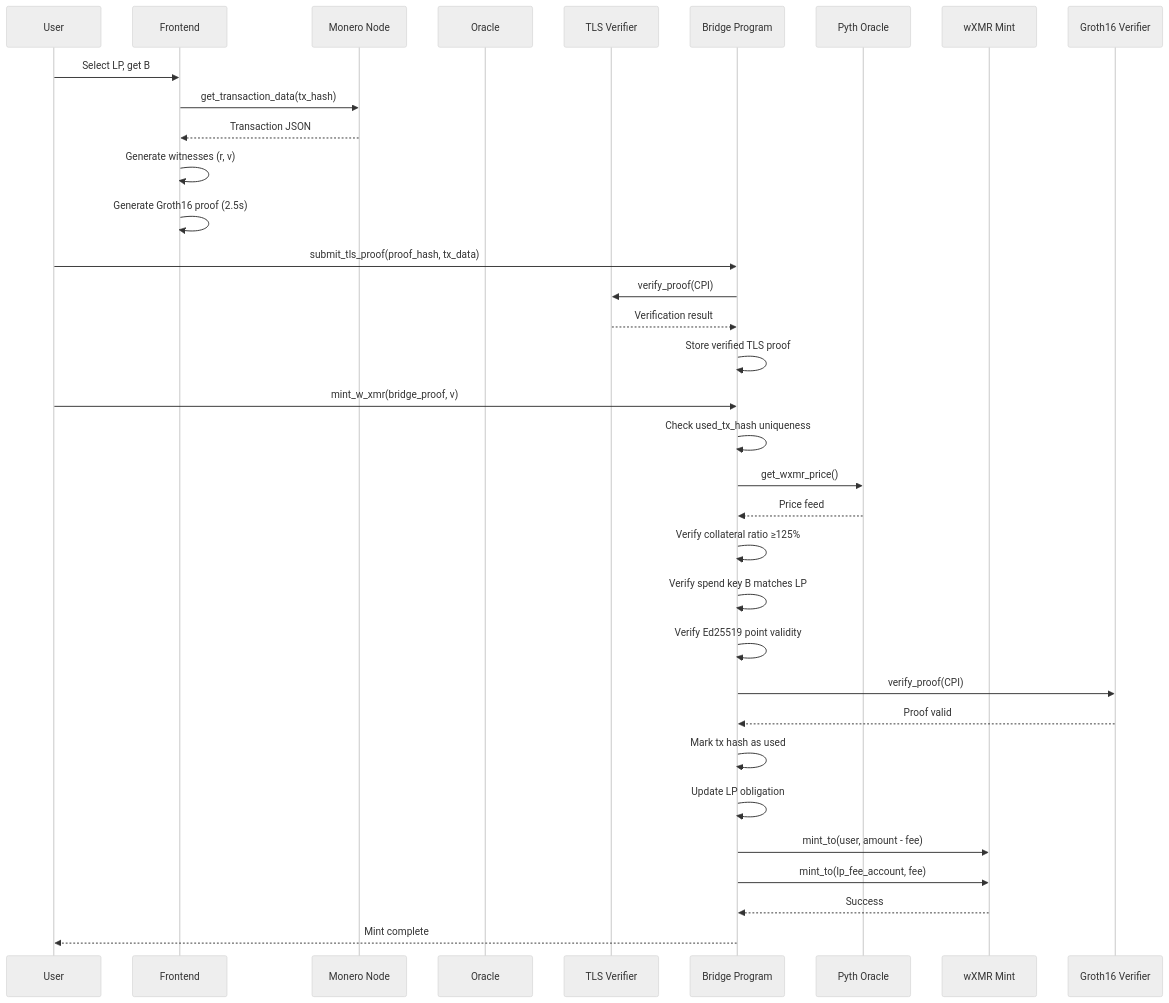
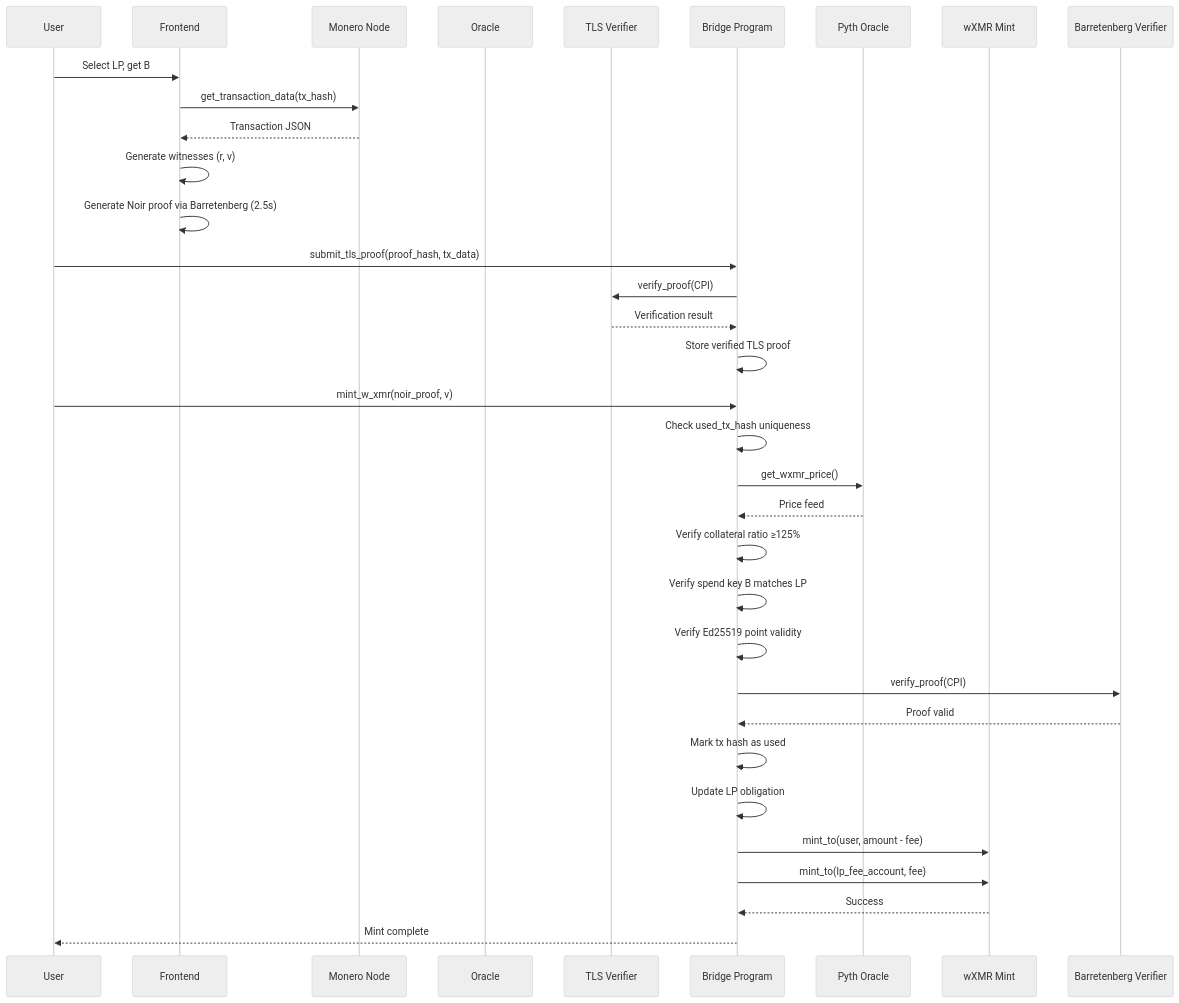
The first of 2 diagrams in SYNTHWRAP.md (madschristensen99/fungerbil), drawn with Mermaid (neutral theme) before and after one commit. The commit also changed other lines of this file, not shown here.

Commit message:
move from circom to noir

````diff
--- a/SYNTHWRAP.md
+++ b/SYNTHWRAP.md
@@ -1275,38 +830,38 @@
 ```mermaid
 sequenceDiagram
     participant User
     participant Frontend
     participant Monero Node
     participant Oracle
     participant TLS Verifier
     participant Bridge Program
     participant Pyth Oracle
     participant wXMR Mint
 
     User->>Frontend: Select LP, get B
     Frontend->>Monero Node: get_transaction_data(tx_hash)
     Monero Node-->>Frontend: Transaction JSON
     Frontend->>Frontend: Generate witnesses (r, v)
-    Frontend->>Frontend: Generate Groth16 proof (2.5s)
+    Frontend->>Frontend: Generate Noir proof via Barretenberg (2.5s)
     
     User->>Bridge Program: submit_tls_proof(proof_hash, tx_data)
     Bridge Program->>TLS Verifier: verify_proof(CPI)
     TLS Verifier-->>Bridge Program: Verification result
     Bridge Program->>Bridge Program: Store verified TLS proof
     
-    User->>Bridge Program: mint_w_xmr(bridge_proof, v)
+    User->>Bridge Program: mint_w_xmr(noir_proof, v)
     Bridge Program->>Bridge Program: Check used_tx_hash uniqueness
     Bridge Program->>Pyth Oracle: get_wxmr_price()
     Pyth Oracle-->>Bridge Program: Price feed
     Bridge Program->>Bridge Program: Verify collateral ratio ≥125%
     Bridge Program->>Bridge Program: Verify spend key B matches LP
     Bridge Program->>Bridge Program: Verify Ed25519 point validity
-    Bridge Program->>Groth16 Verifier: verify_proof(CPI)
-    Groth16 Verifier-->>Bridge Program: Proof valid
+    Bridge Program->>Barretenberg Verifier: verify_proof(CPI)
+    Barretenberg Verifier-->>Bridge Program: Proof valid
     Bridge Program->>Bridge Program: Mark tx hash as used
     Bridge Program->>Bridge Program: Update LP obligation
     Bridge Program->>wXMR Mint: mint_to(user, amount - fee)
     Bridge Program->>wXMR Mint: mint_to(lp_fee_account, fee)
     wXMR Mint-->>Bridge Program: Success
     Bridge Program-->>User: Mint complete
 ```
````
